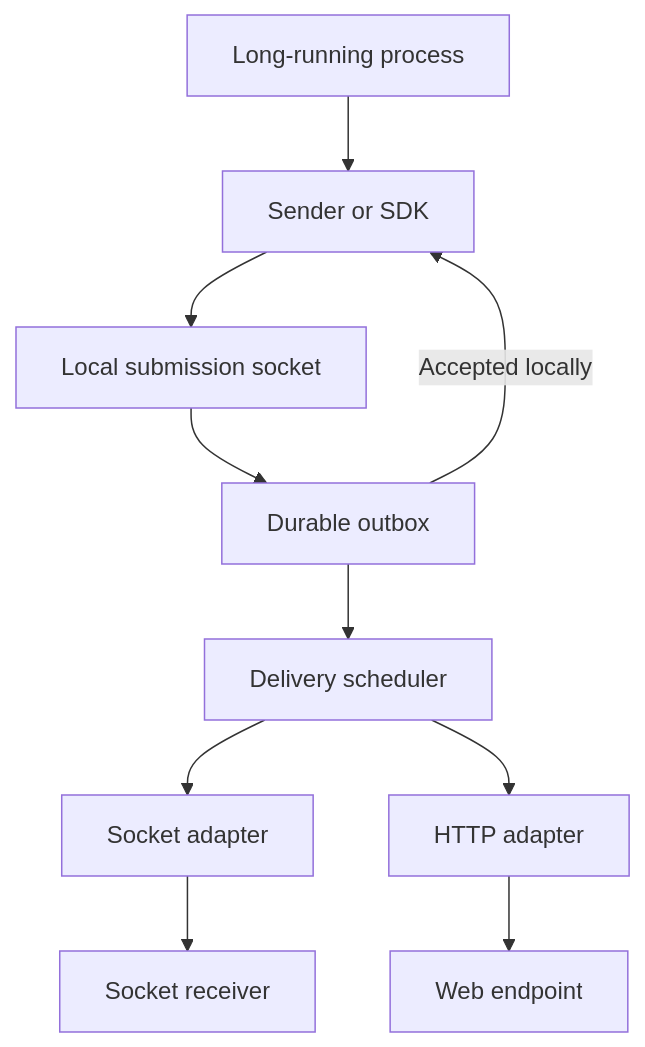
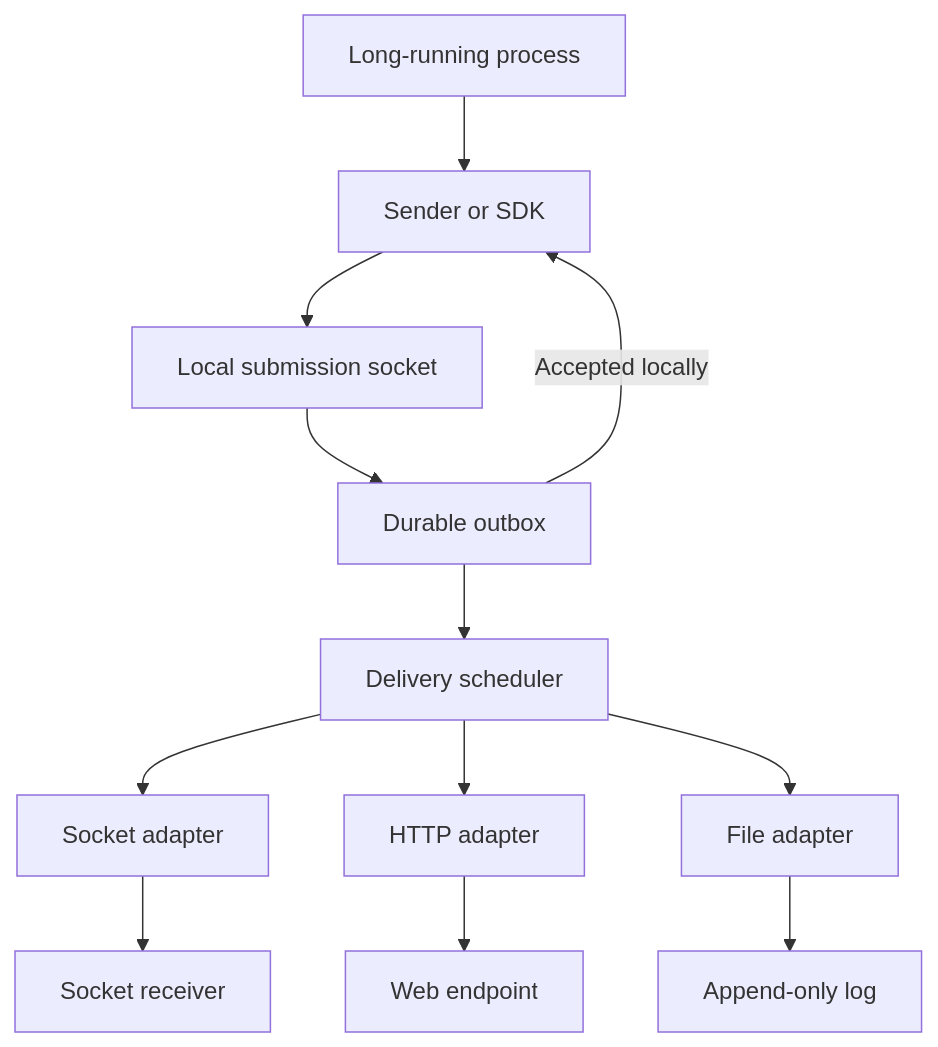
The diagram in docs/architecture.md (bpstr/chnotify), drawn with Mermaid before and after one commit. The commit also changed other lines of this file and 5 other files, not shown here.

```diff
--- a/docs/architecture.md
+++ b/docs/architecture.md
@@ -37,12 +37,14 @@
 ~~~mermaid
 flowchart TD
     P["Long-running process"] --> C["Sender or SDK"]
     C --> I["Local submission socket"]
     I --> O["Durable outbox"]
     O -->|"Accepted locally"| C
     O --> D["Delivery scheduler"]
     D --> S["Socket adapter"]
     D --> H["HTTP adapter"]
+    D --> F["File adapter"]
     S --> SR["Socket receiver"]
     H --> HR["Web endpoint"]
+    F --> FR["Append-only log"]
 ~~~
```
